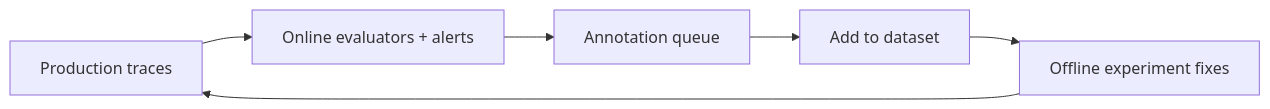
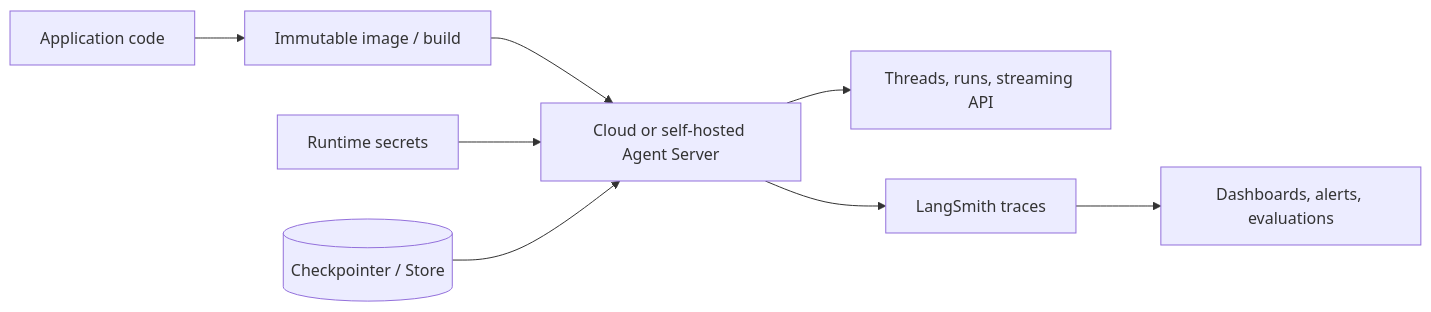
The sixth of 6 diagrams in 07.LangChain_Ecosystem/LangSmith/LangSmith.md (MakCoder-2004/AI-Engineering-Sheet), drawn with Mermaid before and after one commit. The commit also changed other lines of this file and 4 other files, not shown here.

````diff
--- a/07.LangChain_Ecosystem/LangSmith/LangSmith.md
+++ b/07.LangChain_Ecosystem/LangSmith/LangSmith.md
@@ -370,8 +364,10 @@
 ```mermaid
 flowchart LR
-    Prod[Production traces] --> Mon[Online evaluators + alerts]
-    Mon --> Q[Annotation queue]
-    Q --> D[Add to dataset]
-    D --> Exp[Offline experiment fixes]
-    Exp --> Prod
+    Code[Application code] --> Build[Immutable image / build]
+    Build --> Run[Cloud or self-hosted Agent Server]
+    Secrets[Runtime secrets] --> Run
+    Store[(Checkpointer / Store)] --> Run
+    Run --> API[Threads, runs, streaming API]
+    Run --> LS[LangSmith traces]
+    LS --> Ops[Dashboards, alerts, evaluations]
 ```
````
